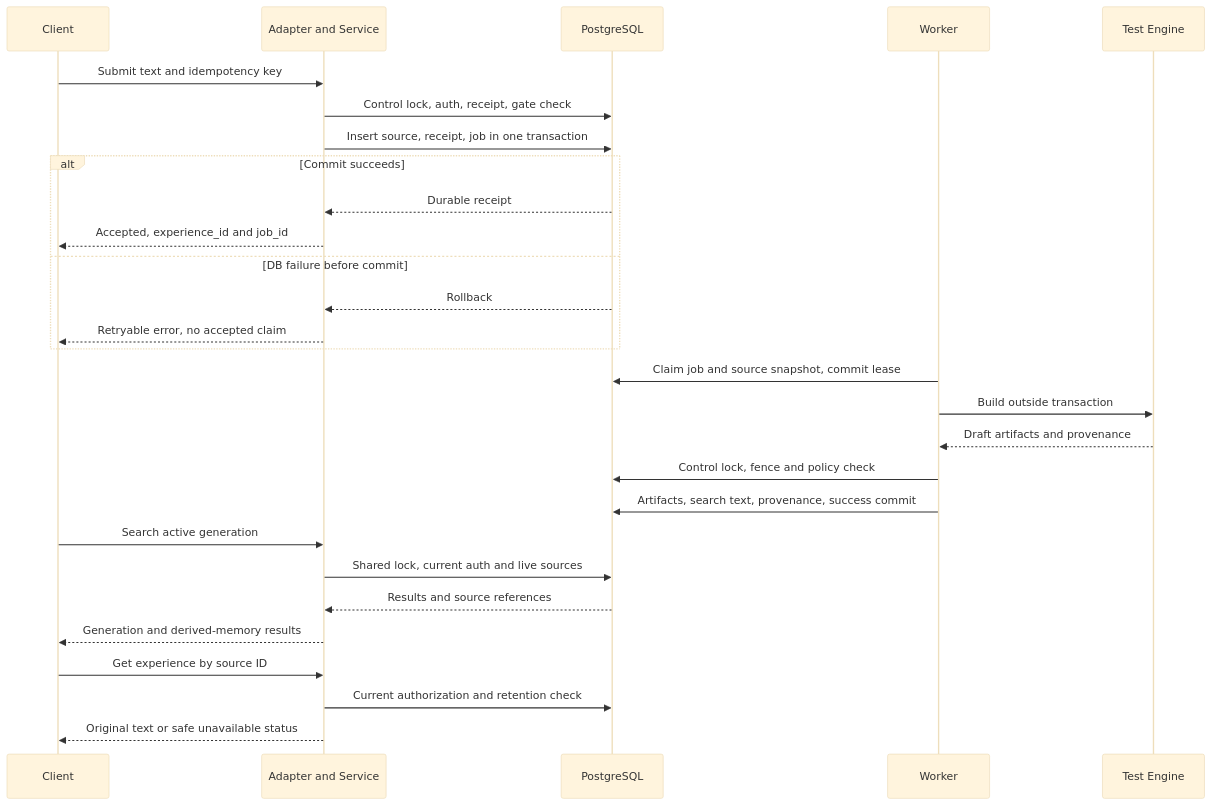
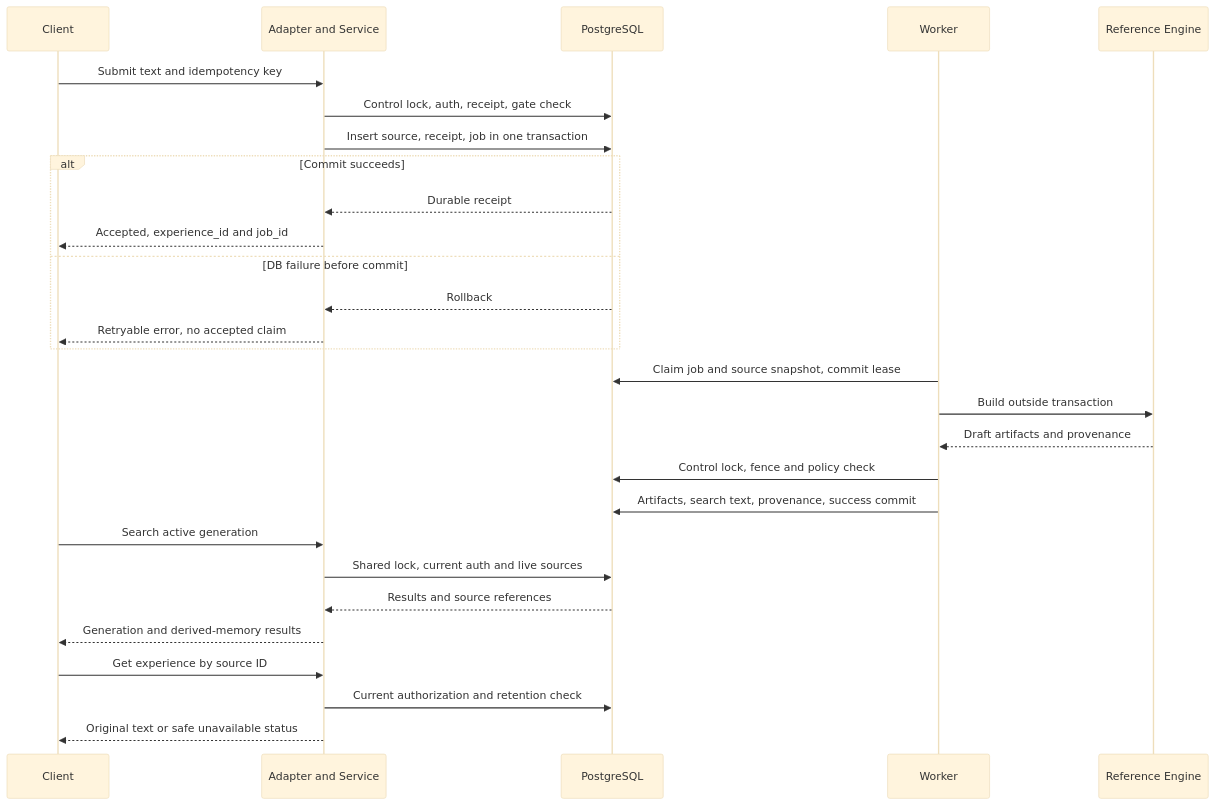
The first of 5 diagrams in docs/design/phase0-detailed-design-v0.1.md (YB-Park/LLM-Agent-Memory), drawn with Mermaid (base theme) before and after one commit. The commit also changed other lines of this file, not shown here.

Commit message:
docs: specify Reference Memory Engine and practical recall baseline

````diff
--- a/docs/design/phase0-detailed-design-v0.1.md
+++ b/docs/design/phase0-detailed-design-v0.1.md
@@ -162,30 +219,30 @@
 ```mermaid
 sequenceDiagram
     participant C as Client
     participant S as Adapter and Service
     participant D as PostgreSQL
     participant W as Worker
-    participant E as Test Engine
+    participant E as Reference Engine
     C->>S: Submit text and idempotency key
     S->>D: Control lock, auth, receipt, gate check
     S->>D: Insert source, receipt, job in one transaction
     alt Commit succeeds
         D-->>S: Durable receipt
         S-->>C: Accepted, experience_id and job_id
     else DB failure before commit
         D-->>S: Rollback
         S-->>C: Retryable error, no accepted claim
     end
     W->>D: Claim job and source snapshot, commit lease
     W->>E: Build outside transaction
     E-->>W: Draft artifacts and provenance
     W->>D: Control lock, fence and policy check
     W->>D: Artifacts, search text, provenance, success commit
     C->>S: Search active generation
     S->>D: Shared lock, current auth and live sources
     D-->>S: Results and source references
     S-->>C: Generation and derived-memory results
     C->>S: Get experience by source ID
     S->>D: Current authorization and retention check
     S-->>C: Original text or safe unavailable status
 ```
````
